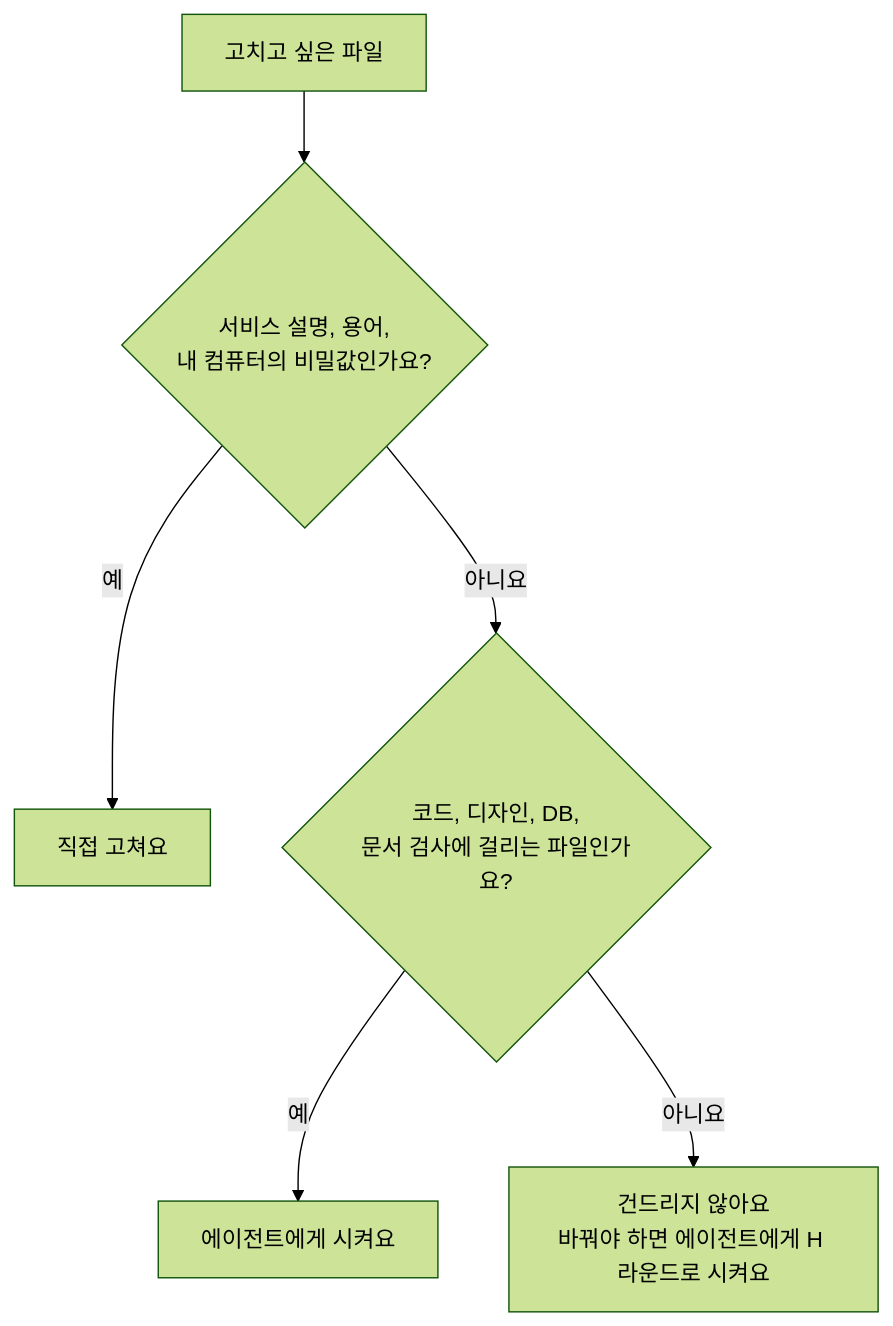
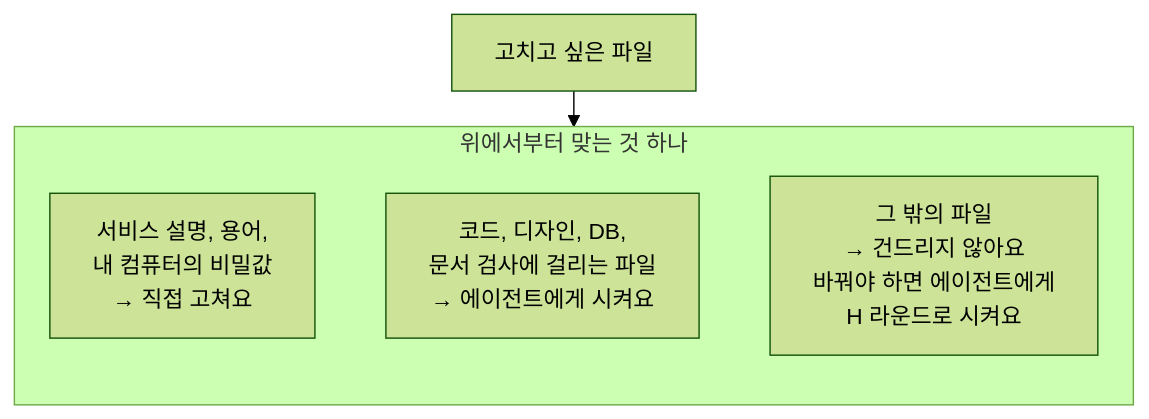
One commit to roadkwon-ai/pro-kit changed the diagram in handbook/reference/what-to-edit.md. Above: the diagram before and after it, drawn with Mermaid (forest theme). The commit also changed 26 other files, not shown here.

````diff
--- a/handbook/reference/what-to-edit.md
+++ b/handbook/reference/what-to-edit.md
@@ -15,8 +15,16 @@
 ```mermaid
-flowchart TD
-  F["고치고 싶은 파일"] --> Q1{"서비스 설명, 용어,<br/>내 컴퓨터의 비밀값인가요?"}
-  Q1 -->|예| A["직접 고쳐요"]
-  Q1 -->|아니요| Q2{"코드, 디자인, DB,<br/>문서 검사에 걸리는 파일인가요?"}
-  Q2 -->|예| B["에이전트에게 시켜요"]
-  Q2 -->|아니요| C["건드리지 않아요<br/>바꿔야 하면 에이전트에게 H 라운드로 시켜요"]
+---
+config:
+  flowchart:
+    wrappingWidth: 220
+    rankSpacing: 25
+---
+flowchart TB
+  F["고치고 싶은 파일"] --> R
+  subgraph R["위에서부터 맞는 것 하나"]
+    A["서비스 설명, 용어,<br/>내 컴퓨터의 비밀값<br/>→ 직접 고쳐요"]
+    B["코드, 디자인, DB,<br/>문서 검사에 걸리는 파일<br/>→ 에이전트에게 시켜요"]
+    C["그 밖의 파일<br/>→ 건드리지 않아요<br/>바꿔야 하면 에이전트에게<br/>H 라운드로 시켜요"]
+    A ~~~ B ~~~ C
+  end
 ```
````
